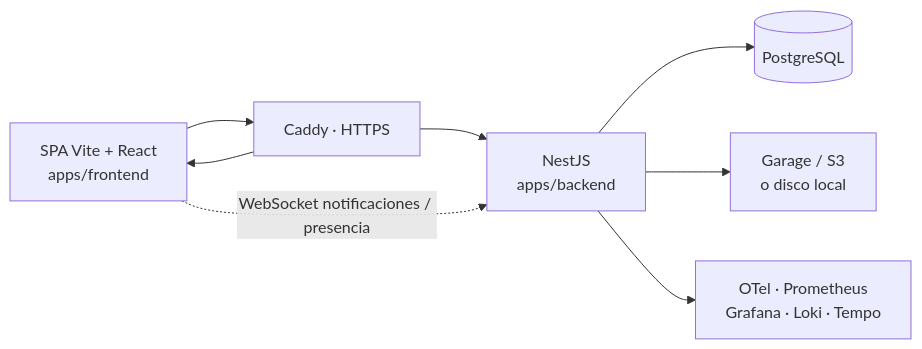
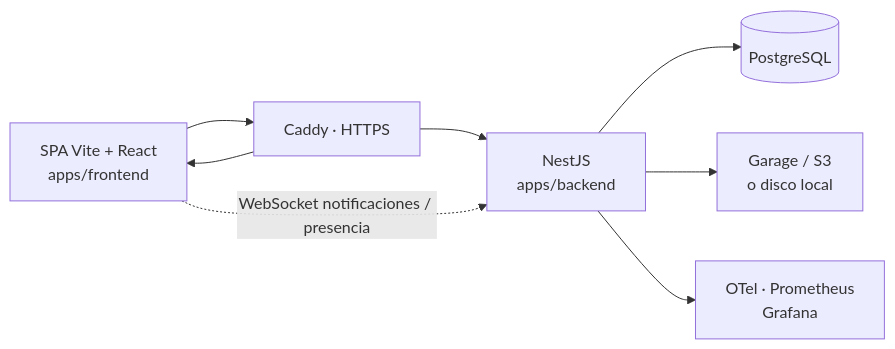
Before and after one commit to Klass42/ft_trascendence: the fourth of 10 diagrams in docs/diagrams.md, drawn with Mermaid. The commit also changed 28 other files, not shown here.

Commit message:
infra: drop Nix and Tempo/Loki, keep Prometheus + Grafana

````diff
--- a/docs/diagrams.md
+++ b/docs/diagrams.md
@@ -234,17 +234,17 @@
 ```mermaid
 flowchart LR
   Browser["SPA Vite + React<br/>apps/frontend"]
   Caddy["Caddy · HTTPS"]
   API["NestJS<br/>apps/backend"]
   PG[("PostgreSQL")]
   Store["Garage / S3<br/>o disco local"]
-  OTel["OTel · Prometheus<br/>Grafana · Loki · Tempo"]
+  OTel["OTel · Prometheus<br/>Grafana"]
 
   Browser --> Caddy
   Caddy --> API
   Caddy --> Browser
   API --> PG
   API --> Store
   API --> OTel
   Browser -.->|"WebSocket notificaciones / presencia"| API
 ```
````
